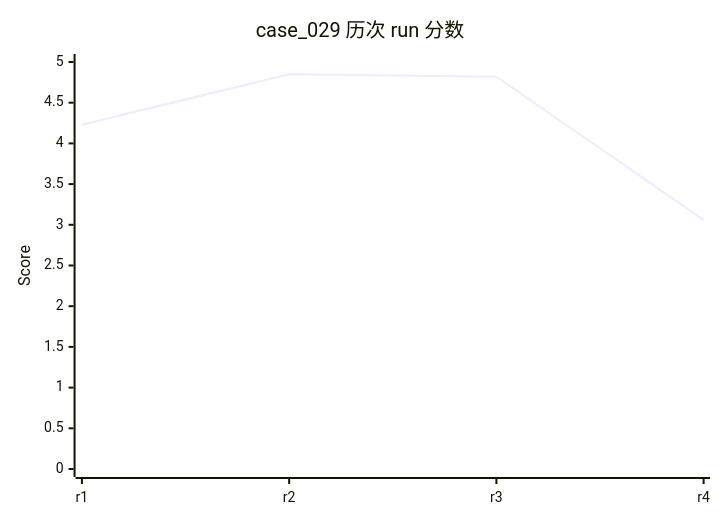
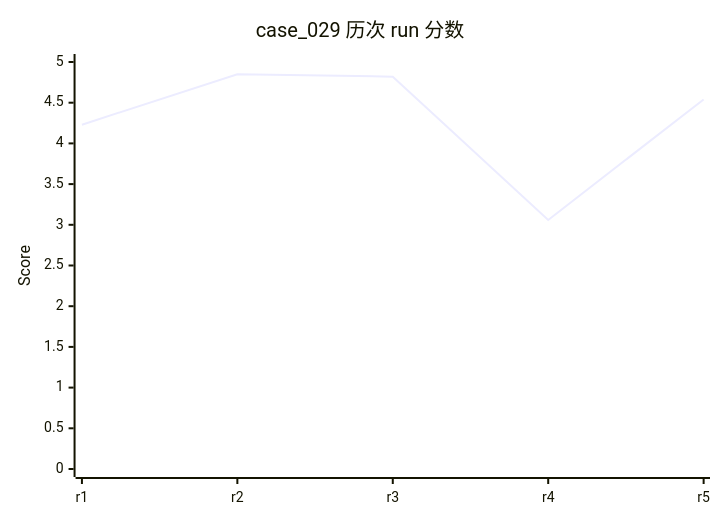
Diagram 31 of 58 in evals/DASHBOARD.md (rushengzhou/sid-code), drawn with Mermaid before and after one commit. The commit also changed other lines of this file and 49 other files, not shown here.

````diff
--- a/evals/DASHBOARD.md
+++ b/evals/DASHBOARD.md
@@ -649,7 +654,7 @@
 ```mermaid
 xychart-beta
     title "case_029 历次 run 分数"
-    x-axis [r1, r2, r3, r4]
+    x-axis [r1, r2, r3, r4, r5]
     y-axis "Score" 0 --> 5
-    line [4.23, 4.85, 4.82, 3.06]
+    line [4.23, 4.85, 4.82, 3.06, 4.54]
 ```
````
